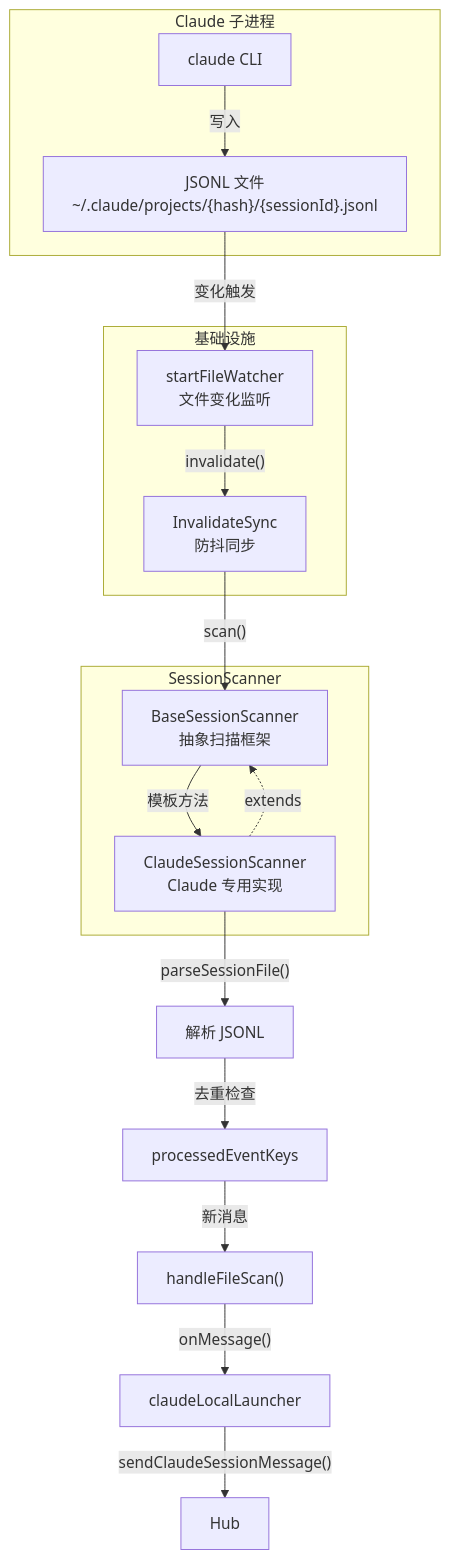
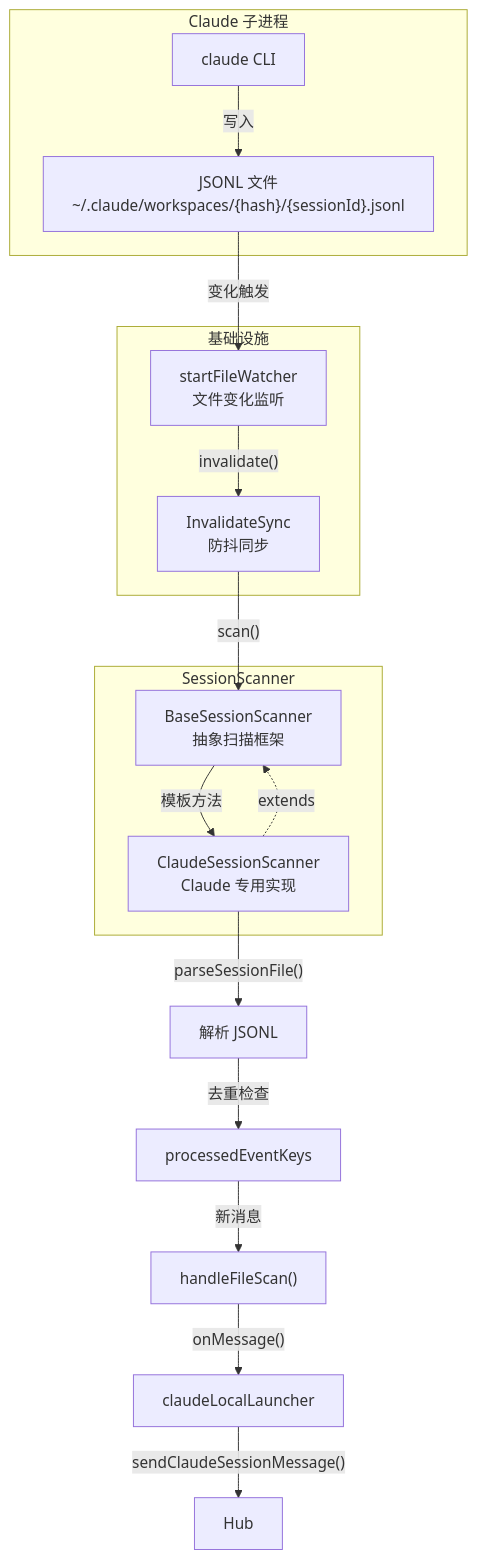
The first of 6 diagrams in docs/architecture/cli/commands/claude/session-scanner.md (ModuBit/mobi), drawn with Mermaid before and after one commit. The commit also changed other lines of this file and 188 other files, not shown here.

````diff
--- a/docs/architecture/cli/commands/claude/session-scanner.md
+++ b/docs/architecture/cli/commands/claude/session-scanner.md
@@ -23,28 +23,28 @@
 ```mermaid
 flowchart TB
     subgraph ClaudeProcess["Claude 子进程"]
-        Claude["claude CLI"] -->|"写入"| JSONL["JSONL 文件<br/>~/.claude/projects/{hash}/{sessionId}.jsonl"]
+        Claude["claude CLI"] -->|"写入"| JSONL["JSONL 文件<br/>~/.claude/workspaces/{hash}/{sessionId}.jsonl"]
     end
 
     subgraph Scanner["SessionScanner"]
         Base["BaseSessionScanner<br/>抽象扫描框架"]
         ClaudeScanner["ClaudeSessionScanner<br/>Claude 专用实现"]
         ClaudeScanner -.->|"extends"| Base
     end
 
     subgraph Infrastructure["基础设施"]
         Watcher["startFileWatcher<br/>文件变化监听"]
         Sync["InvalidateSync<br/>防抖同步"]
     end
 
     JSONL -->|"变化触发"| Watcher
     Watcher -->|"invalidate()"| Sync
     Sync -->|"scan()"| Base
     Base -->|"模板方法"| ClaudeScanner
 
     ClaudeScanner -->|"parseSessionFile()"| Parse["解析 JSONL"]
     Parse -->|"去重检查"| Dedup["processedEventKeys"]
     Dedup -->|"新消息"| Handle["handleFileScan()"]
     Handle -->|"onMessage()"| Launcher["claudeLocalLauncher"]
     Launcher -->|"sendClaudeSessionMessage()"| Hub["Hub"]
 ```
````
